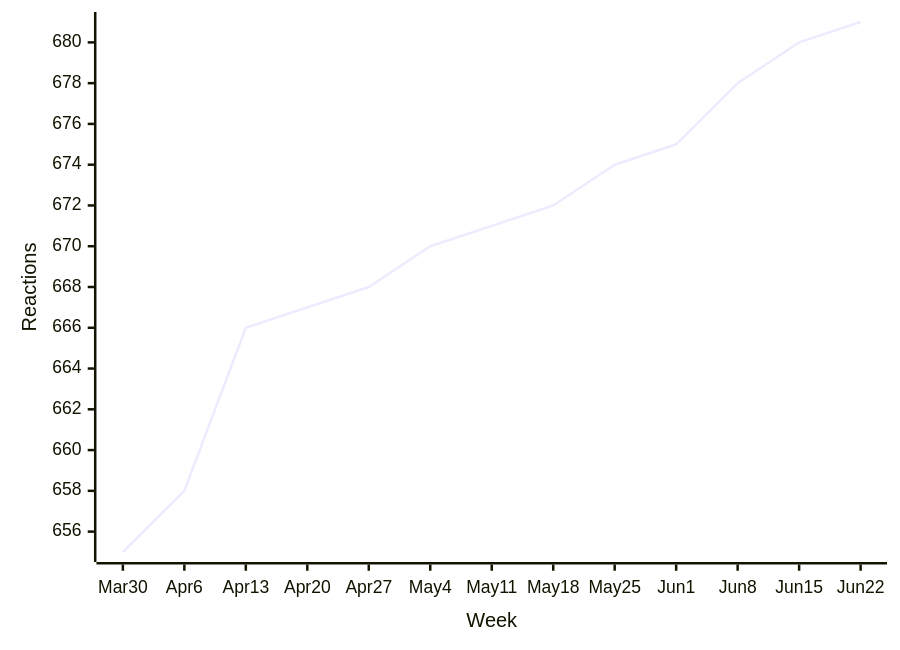
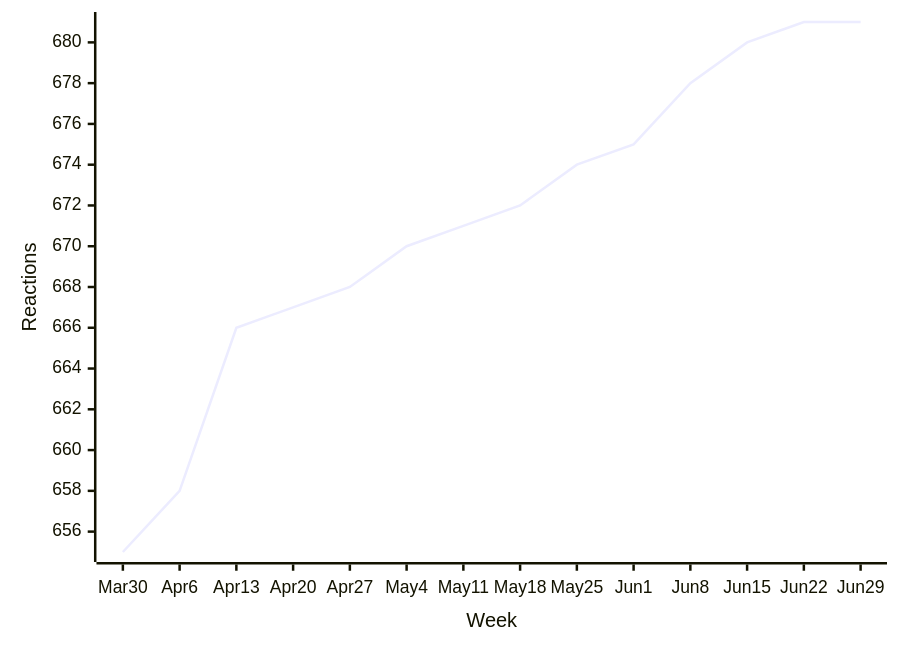
One commit to loic-sharma/github-insights changed the fourth of 48 diagrams in README.md. Above: the diagram before and after it, drawn with Mermaid. The commit also changed other lines of this file and 3 other files, not shown here.

````diff
--- a/README.md
+++ b/README.md
@@ -390,6 +390,6 @@
   ```mermaid
   xychart-beta
-    x-axis "Week" [Mar 30, Apr 6, Apr 13, Apr 20, Apr 27, May 4, May 11, May 18, May 25, Jun 1, Jun 8, Jun 15, Jun 22]
+    x-axis "Week" [Mar 30, Apr 6, Apr 13, Apr 20, Apr 27, May 4, May 11, May 18, May 25, Jun 1, Jun 8, Jun 15, Jun 22, Jun 29]
     y-axis "Reactions"
-    line [655, 658, 666, 667, 668, 670, 671, 672, 674, 675, 678, 680, 681]
+    line [655, 658, 666, 667, 668, 670, 671, 672, 674, 675, 678, 680, 681, 681]
   ```
````
